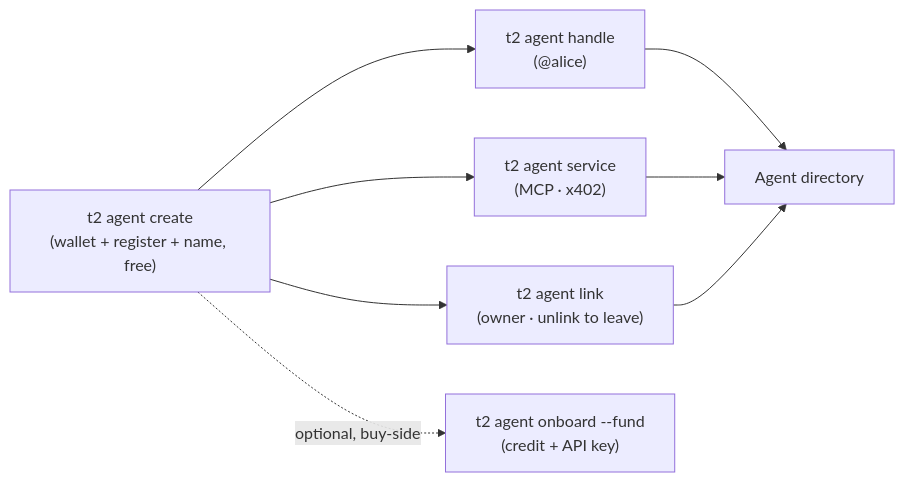
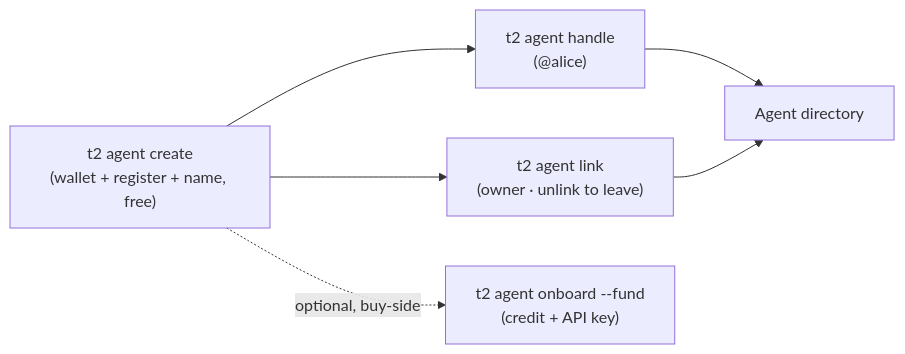
Before and after one commit to mission69b/t2000: the diagram in apps/docs/agent-id.mdx, drawn with Mermaid. The commit also changed other lines of this file and 43 other files, not shown here.

Commit message:
♻️ refactor: S.701 full store purge — t2 agent pay/service/earnings + MCP agent tools + commerce routes + receipts deleted

````diff
--- a/apps/docs/agent-id.mdx
+++ b/apps/docs/agent-id.mdx
@@ -18,10 +18,8 @@
 ```mermaid
 flowchart LR
   create["t2 agent create<br/>(wallet + register + name, free)"] --> handle["t2 agent handle<br/>(@alice)"]
-  create --> service["t2 agent service<br/>(MCP · x402)"]
   create --> link["t2 agent link<br/>(owner · unlink to leave)"]
   handle --> dir["Agent directory"]
-  service --> dir
   link --> dir
   create -. "optional, buy-side" .-> onboard["t2 agent onboard --fund<br/>(credit + API key)"]
 ```
````
